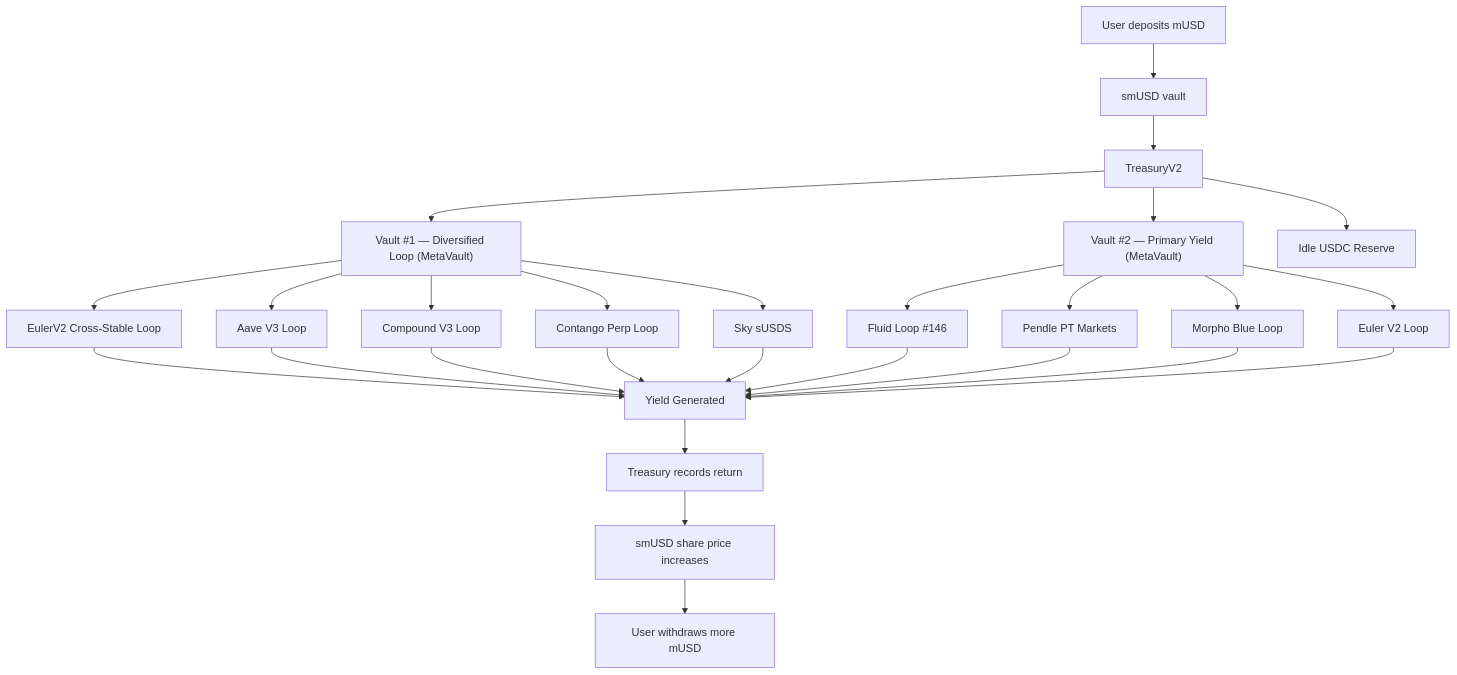
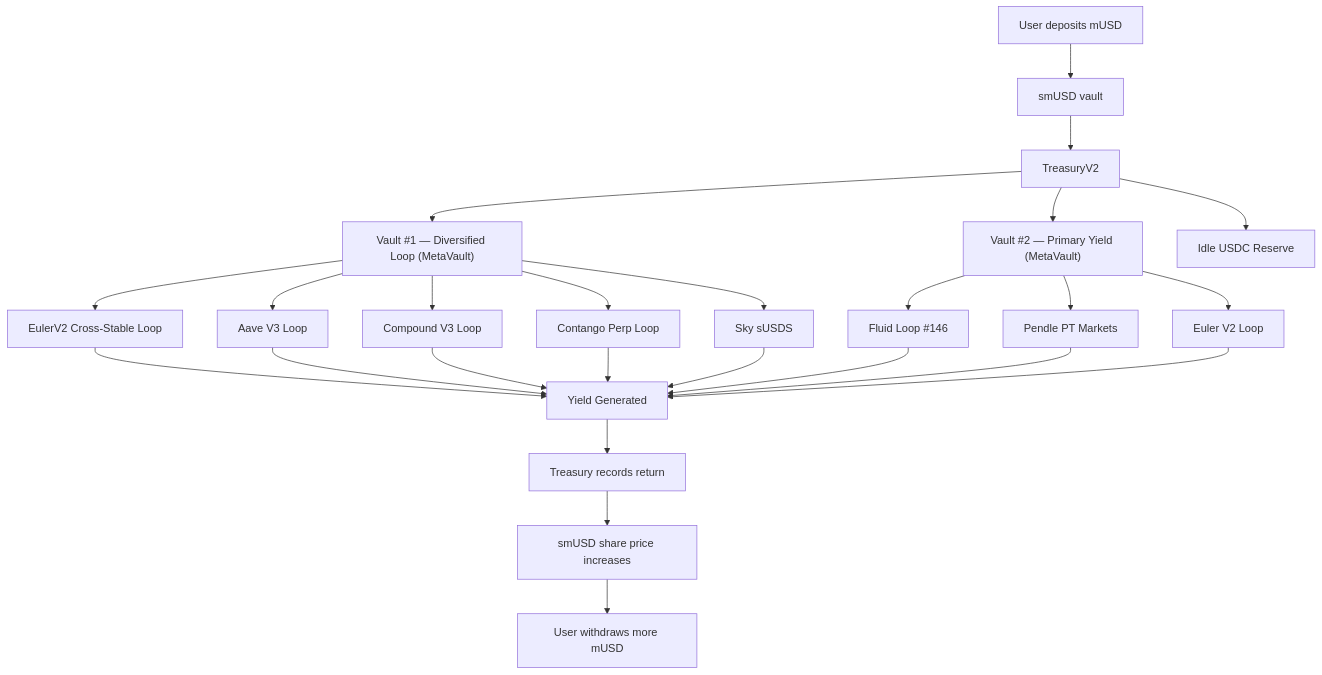
The seventh of 10 diagrams in docs/DIAGRAMS.md (luthatdude/Minted-mUSD-Canton), drawn with Mermaid before and after one commit. The commit also changed 2 other files, not shown here.

Commit message:
fix: kill Morpho strategy + reduce Pendle rollover drag
- Remove MorphoLoopStrategy from Vault #2 allocation (broken supplyCollateral
  bug, unprofitable at current rates — borrow 4.5% > maxBorrowRateForProfit 3%)
- Redistribute Morpho's 20% weight: Fluid 35%→45%, Pendle 30%→35%, Euler V2 0%→20%
- Increase Pendle DEFAULT_ROLLOVER_THRESHOLD from 7 to 21 days
  (closer to maturity = PT trades nearer par = less slippage loss)
- Reduce Pendle default slippageBps from 50 to 30
  (cuts annual rollover drag from ~2-4% to ~1-1.5%)
- Update DIAGRAMS.md to remove Morpho from vault flow
- MetaVault double-fee: VERIFIED no issue — MetaVault has zero fee logic,
  only TreasuryV2's 40% performanceFeeBps applies

````diff
--- a/docs/DIAGRAMS.md
+++ b/docs/DIAGRAMS.md
@@ -175,34 +175,32 @@
 ```mermaid
 flowchart TD
     A[User deposits mUSD] --> B[smUSD vault]
     B --> C[TreasuryV2]
     
     C --> V1["Vault #1 — Diversified Loop (MetaVault)"]
     C --> V2["Vault #2 — Primary Yield (MetaVault)"]
     C --> R[Idle USDC Reserve]
     
     V1 --> S1[EulerV2 Cross-Stable Loop]
     V1 --> S2[Aave V3 Loop]
     V1 --> S3[Compound V3 Loop]
     V1 --> S4[Contango Perp Loop]
     V1 --> S5[Sky sUSDS]
     
     V2 --> S6[Fluid Loop #146]
     V2 --> S7[Pendle PT Markets]
-    V2 --> S8[Morpho Blue Loop]
-    V2 --> S9[Euler V2 Loop]
+    V2 --> S8[Euler V2 Loop]
     
     S1 --> Y[Yield Generated]
     S2 --> Y
     S3 --> Y
     S4 --> Y
     S5 --> Y
     S6 --> Y
     S7 --> Y
     S8 --> Y
-    S9 --> Y
     
     Y --> J[Treasury records return]
     J --> K[smUSD share price increases]
     K --> L[User withdraws more mUSD]
 ```
````
